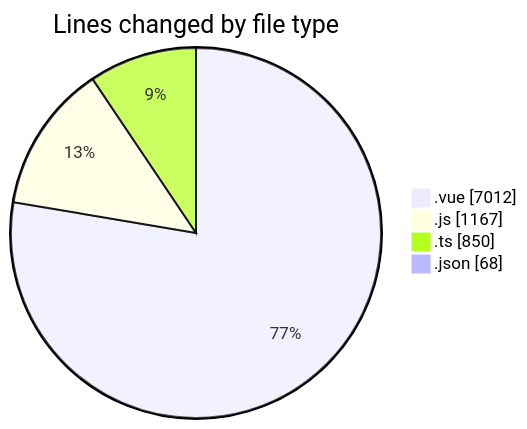
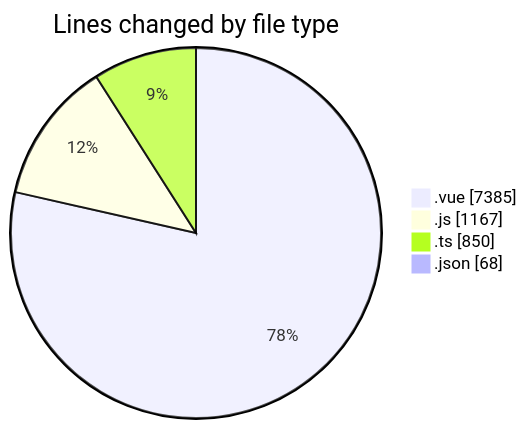
Before and after one commit to lephambinh05/code-tracking: the first of 2 diagrams in 2025-08-12/rentotp/README.md, drawn with Mermaid. The commit also changed other lines of this file and 1 other file, not shown here.

````diff
--- a/2025-08-12/rentotp/README.md
+++ b/2025-08-12/rentotp/README.md
@@ -45,8 +45,8 @@
 ```mermaid
 pie showData
 title Lines changed by file type
-".vue" : 7012
+".vue" : 7385
 ".js" : 1167
 ".ts" : 850
 ".json" : 68
 ```
````
